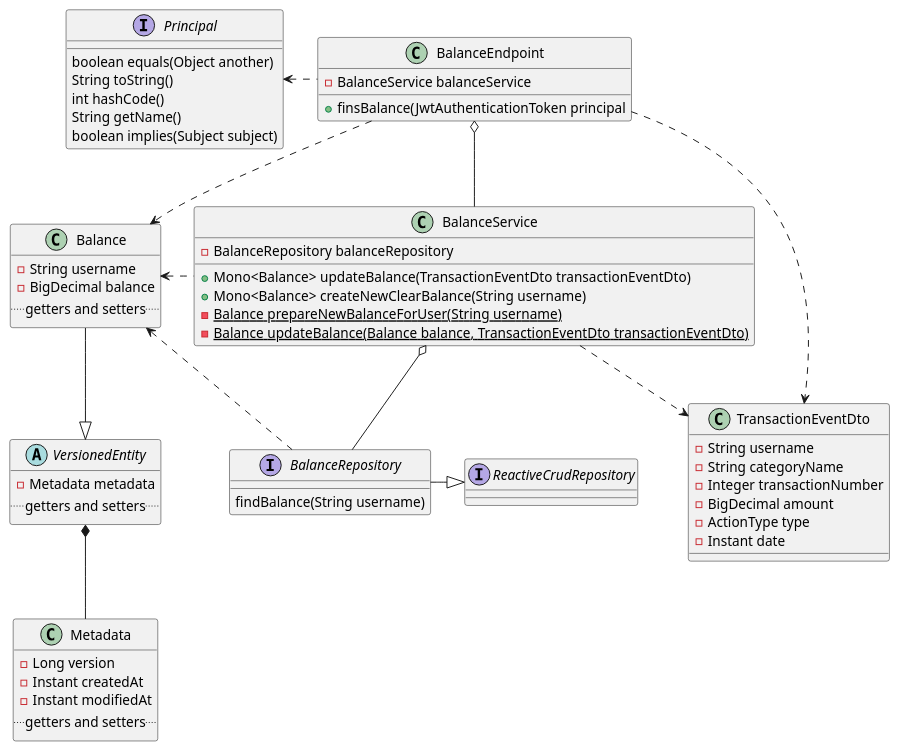
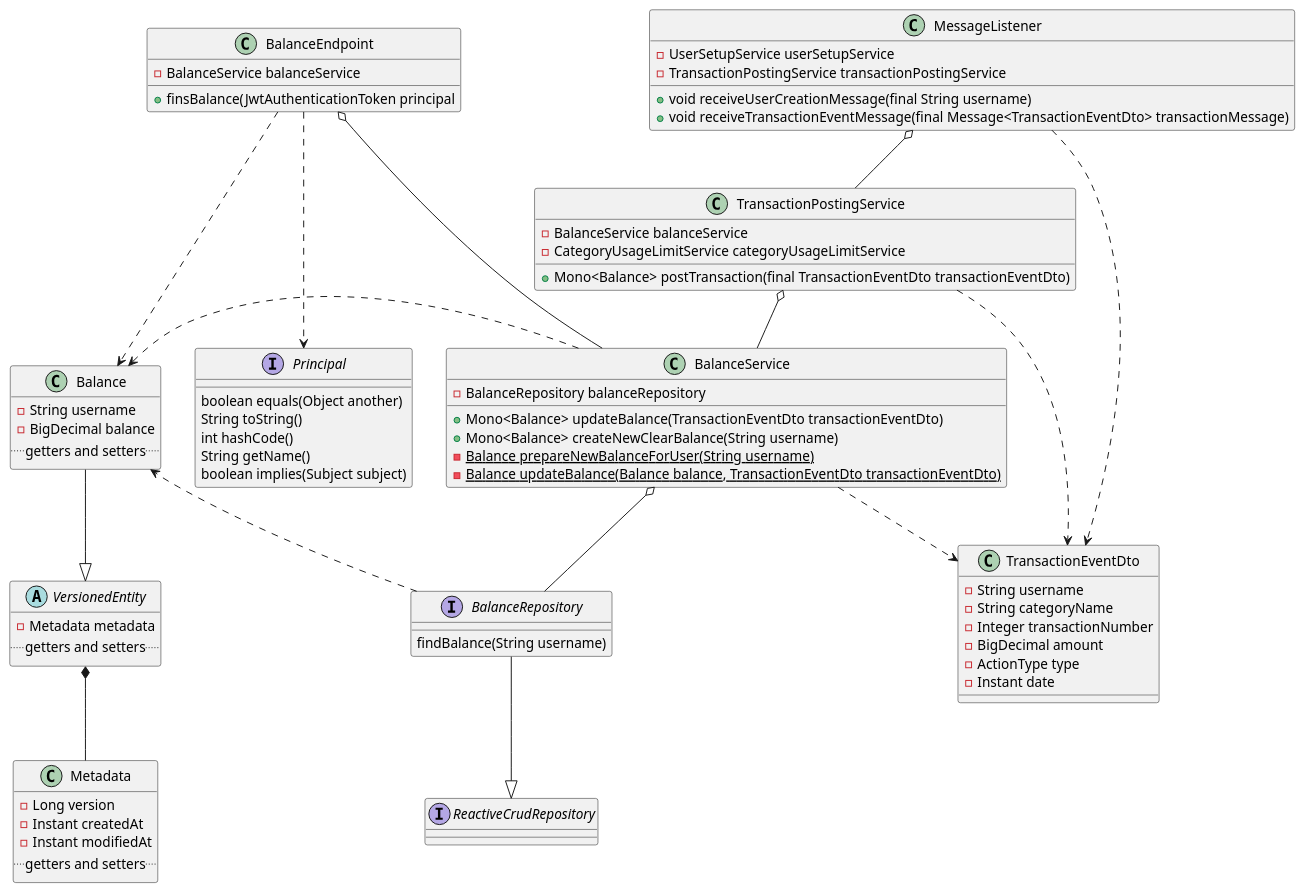
The diagram in planning/diagrams/balance-class-doagra.puml (lukaszse/simple-bills), drawn with PlantUML before and after one commit. The commit also changed 2 other files, not shown here.

Commit message:
add balance class diagram + bump libraries

```diff
--- a/planning/diagrams/balance-class-doagra.puml
+++ b/planning/diagrams/balance-class-doagra.puml
@@ -1,70 +1,86 @@
 @startuml
 'https://plantuml.com/class-diagram
+
+class MessageListener {
+    -UserSetupService userSetupService
+    -TransactionPostingService transactionPostingService
+    +void receiveUserCreationMessage(final String username)
+    +void receiveTransactionEventMessage(final Message<TransactionEventDto> transactionMessage)
+}
+
+class TransactionPostingService{
+    -BalanceService balanceService
+    -CategoryUsageLimitService categoryUsageLimitService
+    +Mono<Balance> postTransaction(final TransactionEventDto transactionEventDto)
+}
 
 class BalanceEndpoint {
     -BalanceService balanceService
     +finsBalance(JwtAuthenticationToken principal
 }
 
 class Balance {
     -String username
     -BigDecimal balance
     .. getters and setters ..
 }
 
 abstract class VersionedEntity {
     -Metadata metadata
     .. getters and setters ..
 }
 
 class Metadata {
     -Long version
     -Instant createdAt
     -Instant modifiedAt
     .. getters and setters ..
 }
 
 class BalanceService {
     -BalanceRepository balanceRepository
     +Mono<Balance> updateBalance(TransactionEventDto transactionEventDto)
     +Mono<Balance> createNewClearBalance(String username)
     -{static} Balance prepareNewBalanceForUser(String username)
     -{static}Balance updateBalance(Balance balance, TransactionEventDto transactionEventDto)
 }
 
 interface Principal {
     boolean equals(Object another)
     String toString()
     int hashCode()
     String getName()
     boolean implies(Subject subject)
 }
 
 interface BalanceRepository {
     findBalance(String username)
 }
 
 class TransactionEventDto {
         -String username
         -String categoryName
         -Integer transactionNumber
         -BigDecimal amount
         -ActionType type
         -Instant date
 }
 
 interface ReactiveCrudRepository
 
-BalanceEndpoint .left.> Principal
-BalanceEndpoint o-- BalanceService
+MessageListener o-- TransactionPostingService
+TransactionPostingService o-- BalanceService
+BalanceEndpoint ...> Principal
+BalanceEndpoint o--- BalanceService
 BalanceEndpoint ..> Balance
 BalanceService .left.> Balance
 BalanceRepository ..> Balance
 BalanceService o-- BalanceRepository
-BalanceRepository -right-|> ReactiveCrudRepository
-BalanceEndpoint ..> TransactionEventDto
+BalanceRepository --|> ReactiveCrudRepository
 BalanceService ..> TransactionEventDto
+MessageListener ..> TransactionEventDto
+TransactionPostingService ..> TransactionEventDto
 Balance --|> VersionedEntity
 VersionedEntity *-- Metadata
 
 @enduml
```
